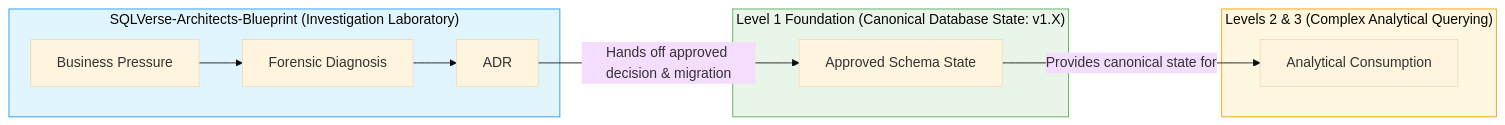
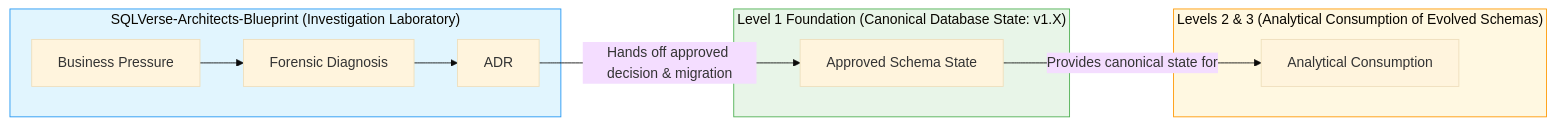
Before and after one commit to uniqueumamaheswari-universe/SQLVerse: the diagram in Level-1-beginner/Module5-GenAI-Walkthrough/01-The-Socratic-Mirror/ACQUIRE-MODULE4/SQLVerse-Architects-Blueprint/00-CHARTER/BLUEPRINT_CHARTER.md, drawn with Mermaid (base theme). The commit also changed other lines of this file and 9 other files, not shown here.

````diff
--- a/Level-1-beginner/Module5-GenAI-Walkthrough/01-The-Socratic-Mirror/ACQUIRE-MODULE4/SQLVerse-Architects-Blueprint/00-CHARTER/BLUEPRINT_CHARTER.md
+++ b/Level-1-beginner/Module5-GenAI-Walkthrough/01-The-Socratic-Mirror/ACQUIRE-MODULE4/SQLVerse-Architects-Blueprint/00-CHARTER/BLUEPRINT_CHARTER.md
@@ -107,21 +110,21 @@
 ```mermaid
 flowchart LR
     subgraph BLUEPRINT["SQLVerse-Architects-Blueprint (Investigation Laboratory)"]
         A["Business Pressure"] --> B["Forensic Diagnosis"] --> C["ADR"]
     end
 
     subgraph FOUNDATION["Level 1 Foundation (Canonical Database State: v1.X)"]
         D["Approved Schema State"]
     end
 
-    subgraph ANALYTICS["Levels 2 & 3 (Complex Analytical Querying)"]
+    subgraph ANALYTICS["Levels 2 & 3 (Analytical Consumption of Evolved Schemas)"]
         E["Analytical Consumption"]
     end
 
     C -->|"Hands off approved decision & migration"| D
     D -->|"Provides canonical state for"| E
 
     style BLUEPRINT fill:#e1f5fe,stroke:#2196f3
     style FOUNDATION fill:#e8f5e8,stroke:#4caf50
     style ANALYTICS fill:#fff8e1,stroke:#ff9800
 ```
````
